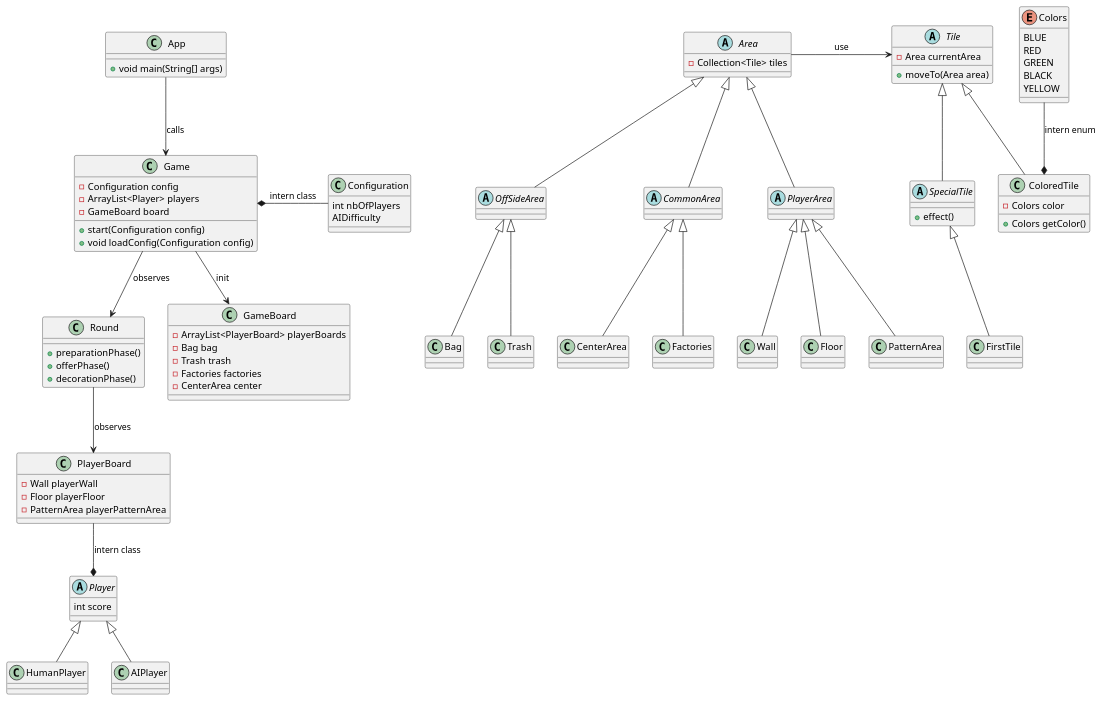
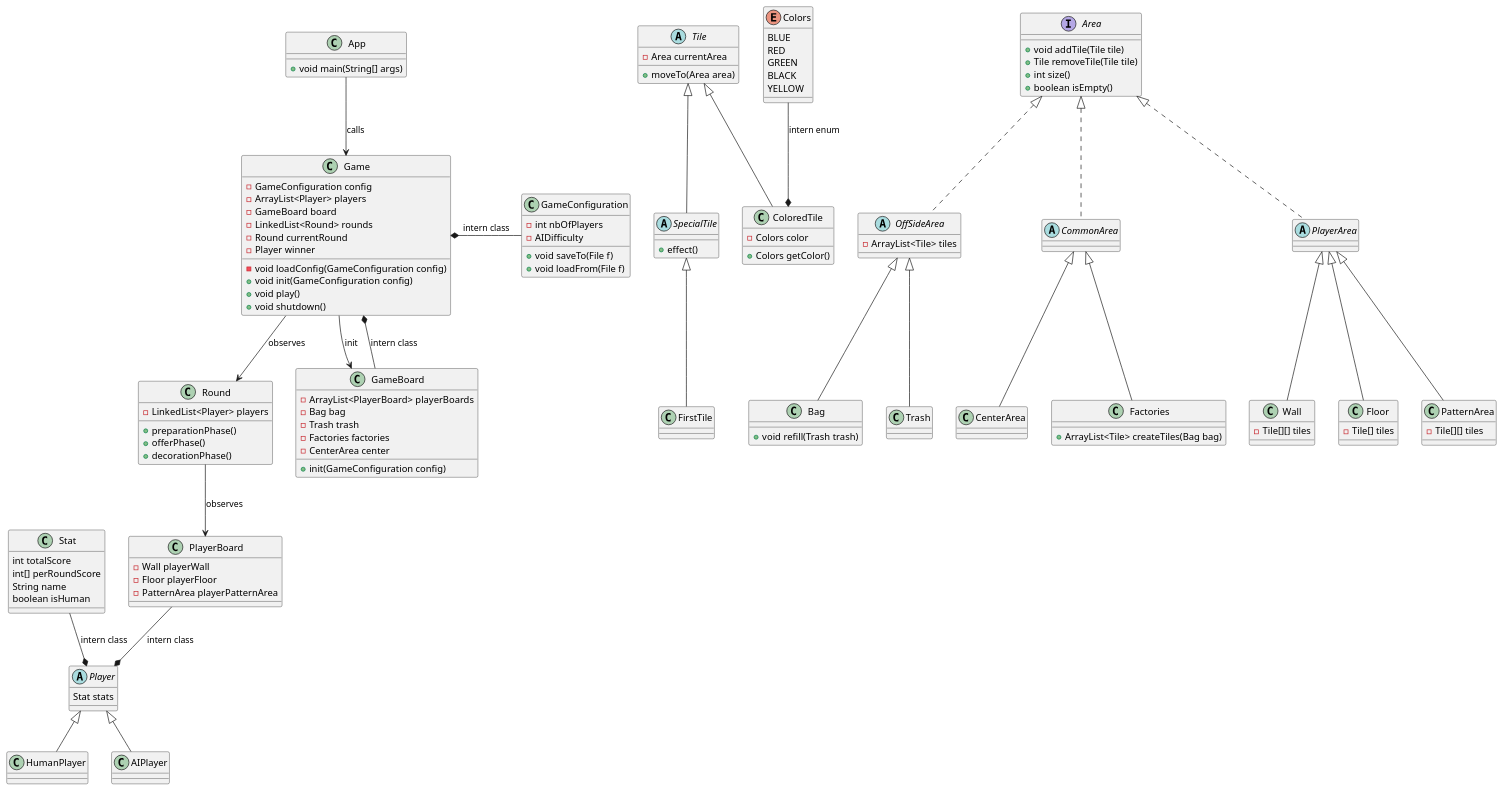
Before and after one commit to nsouff/Azul: the diagram in proj.puml, drawn with PlantUML. The commit also changed 1 other file, not shown here.

Commit message:
modified Area tree

```diff
--- a/proj.puml
+++ b/proj.puml
@@ -1,110 +1,155 @@
 @startuml
 
 Abstract class Tile {
 	-Area currentArea
 	+moveTo(Area area)
 }
 
 
 Tile <|-- SpecialTile
 abstract class SpecialTile {
 	+effect()
 }
 
 Tile <|-- ColoredTile
 class ColoredTile {
 	-Colors color
 	+Colors getColor()
 }
 
 SpecialTile <|-- FirstTile
 class FirstTile
 
 Colors --* ColoredTile : "intern enum"
 enum Colors {
 	BLUE
 	RED
 	GREEN
 	BLACK
 	YELLOW	
 }
 
-Area -right-> Tile : "use"
-abstract class Area {
-	-Collection<Tile> tiles
+
+interface Area {
+	+void addTile(Tile tile)
+	+Tile removeTile(Tile tile)
+	+int size()
+	+boolean isEmpty()
 }
 
-Area <|-- OffSideArea
-abstract class OffSideArea
+Area <|.. OffSideArea
+abstract class OffSideArea {
+	-ArrayList<Tile> tiles
+}
+
 OffSideArea <|-- Bag
+class Bag {
+	+void refill(Trash trash)
+}
+
 OffSideArea <|-- Trash
+class Trash {
+	
+}
 
-Area <|-- CommonArea
+Area <|.. CommonArea
 abstract class CommonArea
 CommonArea <|-- CenterArea
 CommonArea <|-- Factories
+class Factories {
+	+ArrayList<Tile> createTiles(Bag bag)
+}
 
-Area <|-- PlayerArea
+Area <|.. PlayerArea
 abstract class PlayerArea
+
 PlayerArea <|-- Wall
+class Wall {
+	-Tile[][] tiles
+}
+
 PlayerArea <|-- Floor
+class Floor {
+	-Tile[] tiles
+}
+
 PlayerArea <|-- PatternArea
+class PatternArea{
+	-Tile[][] tiles
+}
 
 abstract class Player {
-	int score
+	Stat stats
+}
+
+Stat  --* Player : "intern class"
+class Stat {
+	int totalScore
+	int[] perRoundScore
+	String name
+	boolean isHuman
 }
 
 Player <|-- HumanPlayer
 Player <|-- AIPlayer
 
 
 class PlayerBoard
 PlayerBoard --* Player : "intern class"
 
 
-Configuration -left-* Game : "intern class"
-class Configuration {
-	int nbOfPlayers
-	AIDifficulty
-
+GameConfiguration -left-* Game : "intern class"
+class GameConfiguration {
+	-int nbOfPlayers	
+	-AIDifficulty
+	+void saveTo(File f)
+	+void loadFrom(File f)
 }
 
 Game --> Round : "observes"
 class Game {
-	-Configuration config
+	-GameConfiguration config
 	-ArrayList<Player> players
 	-GameBoard board
-	+start(Configuration config)
-	+void loadConfig(Configuration config)
+	-LinkedList<Round> rounds
+	-Round currentRound
+	-Player winner
+	-void loadConfig(GameConfiguration config)
+	+void init(GameConfiguration config)
+	+void play()
+	+void shutdown()
 }
 
 Game --> GameBoard : "init"
+GameBoard --* Game : "intern class"
 class GameBoard {
 	-ArrayList<PlayerBoard> playerBoards
 	-Bag bag
 	-Trash trash
 	-Factories factories
 	-CenterArea center
+	+init(GameConfiguration config)
 }
 	
 Round --> PlayerBoard : "observes"
 class PlayerBoard {
 	-Wall playerWall
 	-Floor playerFloor
 	-PatternArea playerPatternArea
 }
 
-class Round {
+class Round {	
+	-LinkedList<Player> players
 	+preparationPhase()
 	+offerPhase()
 	+decorationPhase()	
 }
 
 
 App --> Game : "calls"
 class App {
 	+void main(String[] args)
 }
 
 
 @enduml
```
